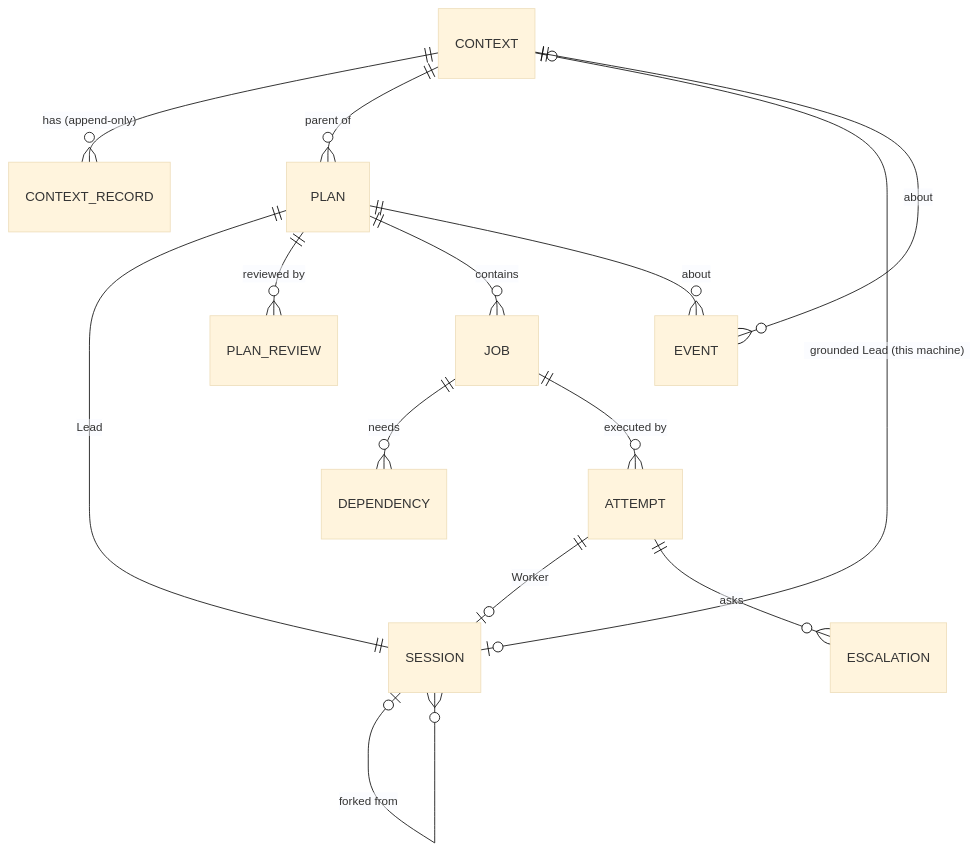
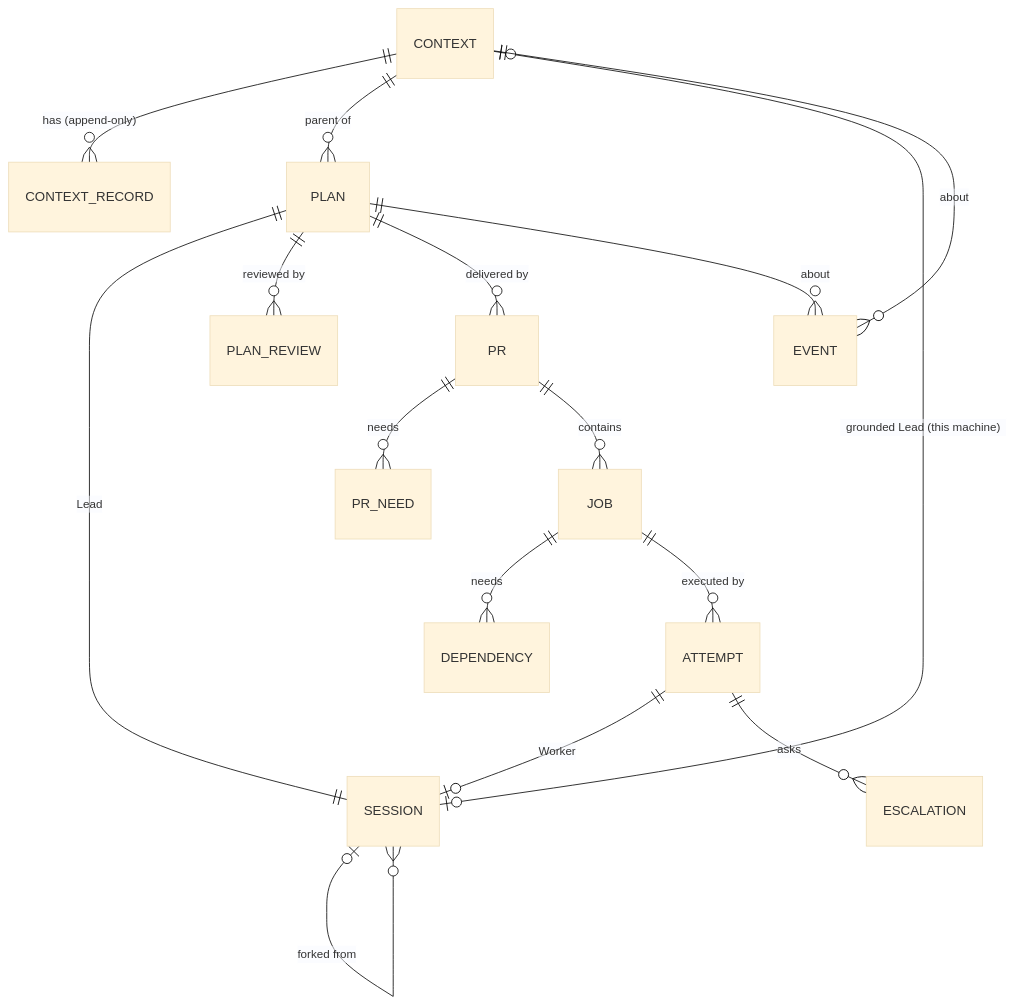
One commit to clayton-duarte/cpd changed the first of 5 diagrams in docs/contract.md. Above: the diagram before and after it, drawn with Mermaid (base theme). The commit also changed other lines of this file and 1 other file, not shown here.

````diff
--- a/docs/contract.md
+++ b/docs/contract.md
@@ -301,16 +321,18 @@
 ```mermaid
 erDiagram
   CONTEXT ||--o{ CONTEXT_RECORD : "has (append-only)"
   CONTEXT ||--o{ PLAN : "parent of"
   CONTEXT |o--o| SESSION : "grounded Lead (this machine)"
   PLAN ||--|| SESSION : "Lead"
   PLAN ||--o{ PLAN_REVIEW : "reviewed by"
-  PLAN ||--o{ JOB : "contains"
+  PLAN ||--o{ PR : "delivered by"
+  PR ||--o{ PR_NEED : "needs"
+  PR ||--o{ JOB : "contains"
   JOB ||--o{ DEPENDENCY : "needs"
   JOB ||--o{ ATTEMPT : "executed by"
   ATTEMPT ||--o| SESSION : "Worker"
   ATTEMPT ||--o{ ESCALATION : "asks"
   SESSION |o--o{ SESSION : "forked from"
   PLAN ||--o{ EVENT : "about"
   CONTEXT ||--o{ EVENT : "about"
 ```
````
